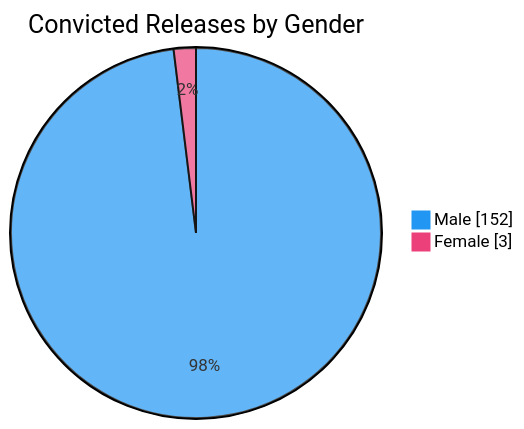
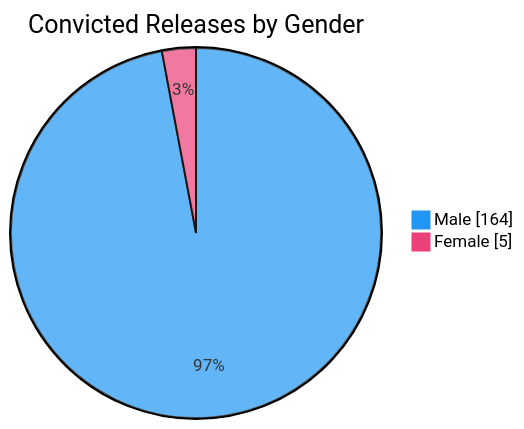
One commit to nuuuwan/lk_prisons changed the sixth of 7 diagrams in README.md. Above: the diagram before and after it, drawn with Mermaid. The commit also changed other lines of this file and 1 other file, not shown here.

````diff
--- a/README.md
+++ b/README.md
@@ -98,6 +98,6 @@
 ```mermaid
 %%{init: {'themeVariables': {'pie1': '#2196F3', 'pie2': '#EC407A'}}}%%
 pie showData title Convicted Releases by Gender
-    "Male" : 152
-    "Female" : 3
+    "Male" : 164
+    "Female" : 5
 ```
````
